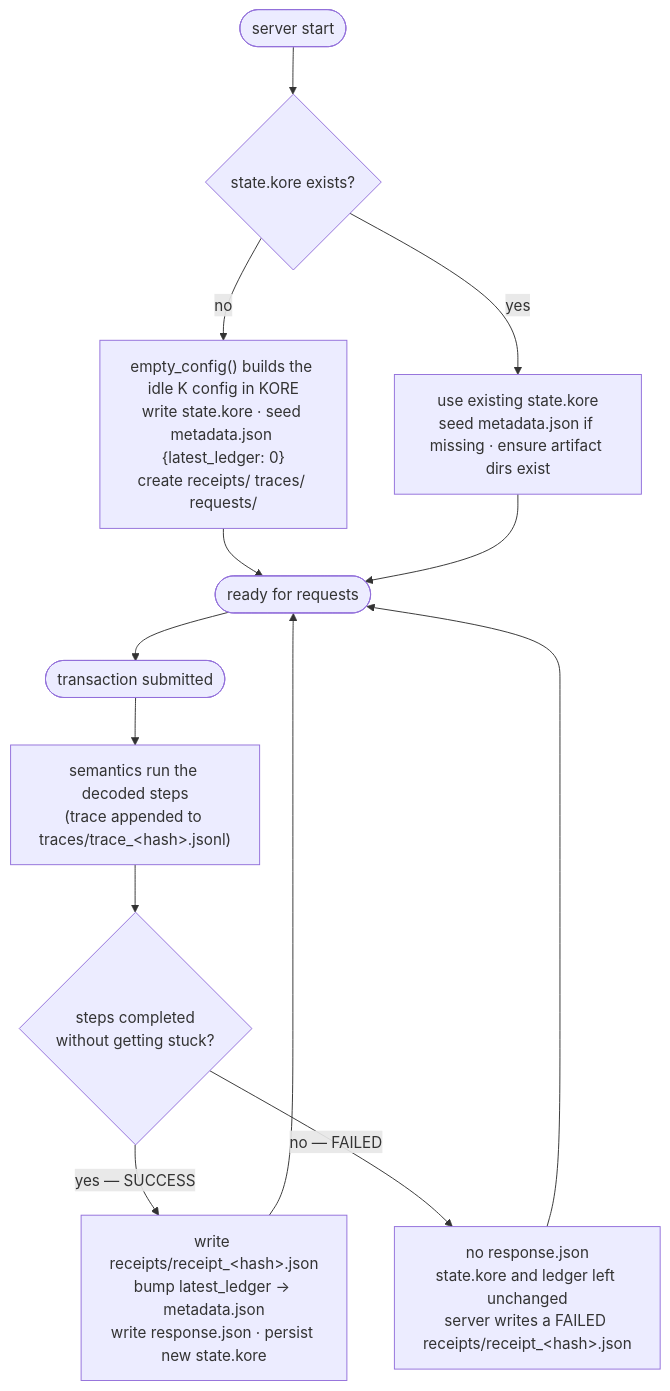
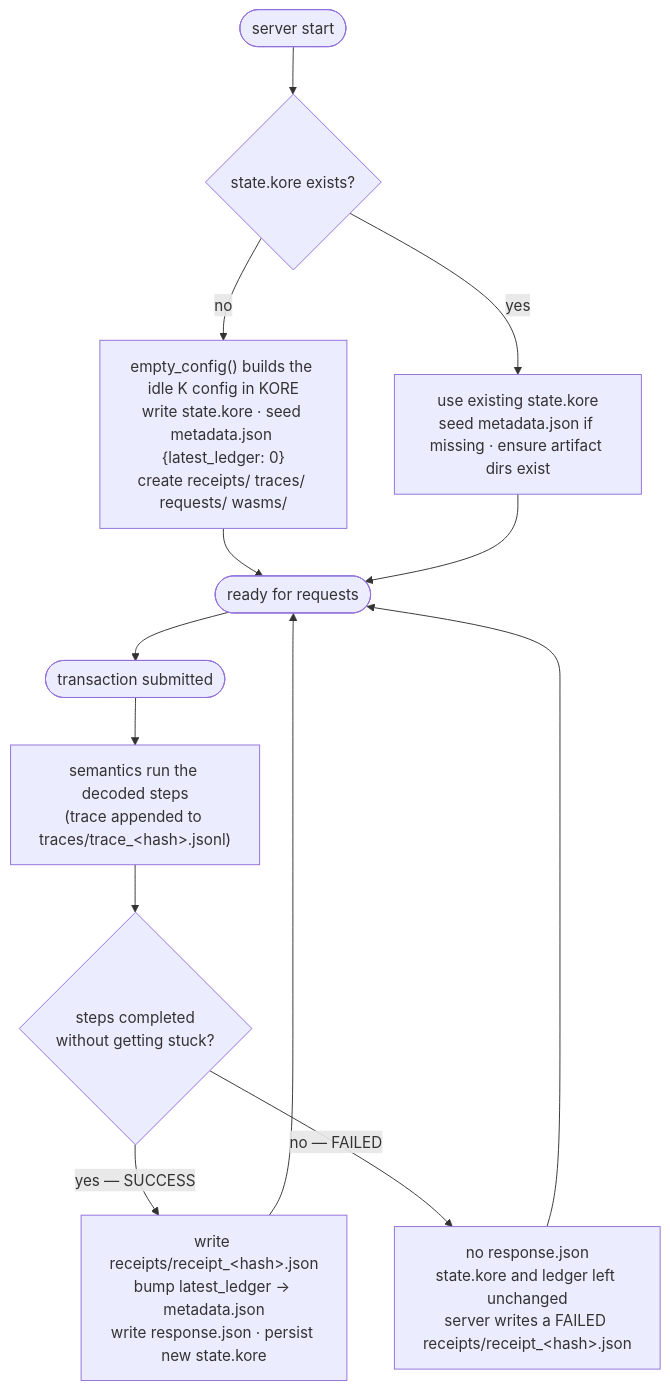
One commit to runtimeverification/komet-node changed the second of 3 diagrams in docs/architecture.md. Above: the diagram before and after it, drawn with Mermaid. The commit also changed other lines of this file and 8 other files, not shown here.

````diff
--- a/docs/architecture.md
+++ b/docs/architecture.md
@@ -102,16 +103,16 @@
 ```mermaid
 flowchart TB
     boot(["server start"]) --> exists{"state.kore exists?"}
-    exists -->|"no"| init["empty_config() builds the idle K config in KORE<br/>write state.kore · seed metadata.json {latest_ledger: 0}<br/>create receipts/ traces/ requests/"]
+    exists -->|"no"| init["empty_config() builds the idle K config in KORE<br/>write state.kore · seed metadata.json {latest_ledger: 0}<br/>create receipts/ traces/ requests/ wasms/"]
     exists -->|"yes"| reuse["use existing state.kore<br/>seed metadata.json if missing · ensure artifact dirs exist"]
     init --> ready(["ready for requests"])
     reuse --> ready
 
     ready --> tx(["transaction submitted"])
     tx --> run["semantics run the decoded steps<br/>(trace appended to traces/trace_&lt;hash&gt;.jsonl)"]
     run --> stuck{"steps completed<br/>without getting stuck?"}
     stuck -->|"yes — SUCCESS"| ok["write receipts/receipt_&lt;hash&gt;.json<br/>bump latest_ledger → metadata.json<br/>write response.json · persist new state.kore"]
     stuck -->|"no — FAILED"| fail["no response.json<br/>state.kore and ledger left unchanged<br/>server writes a FAILED receipts/receipt_&lt;hash&gt;.json"]
     ok --> ready
     fail --> ready
 ```
````
